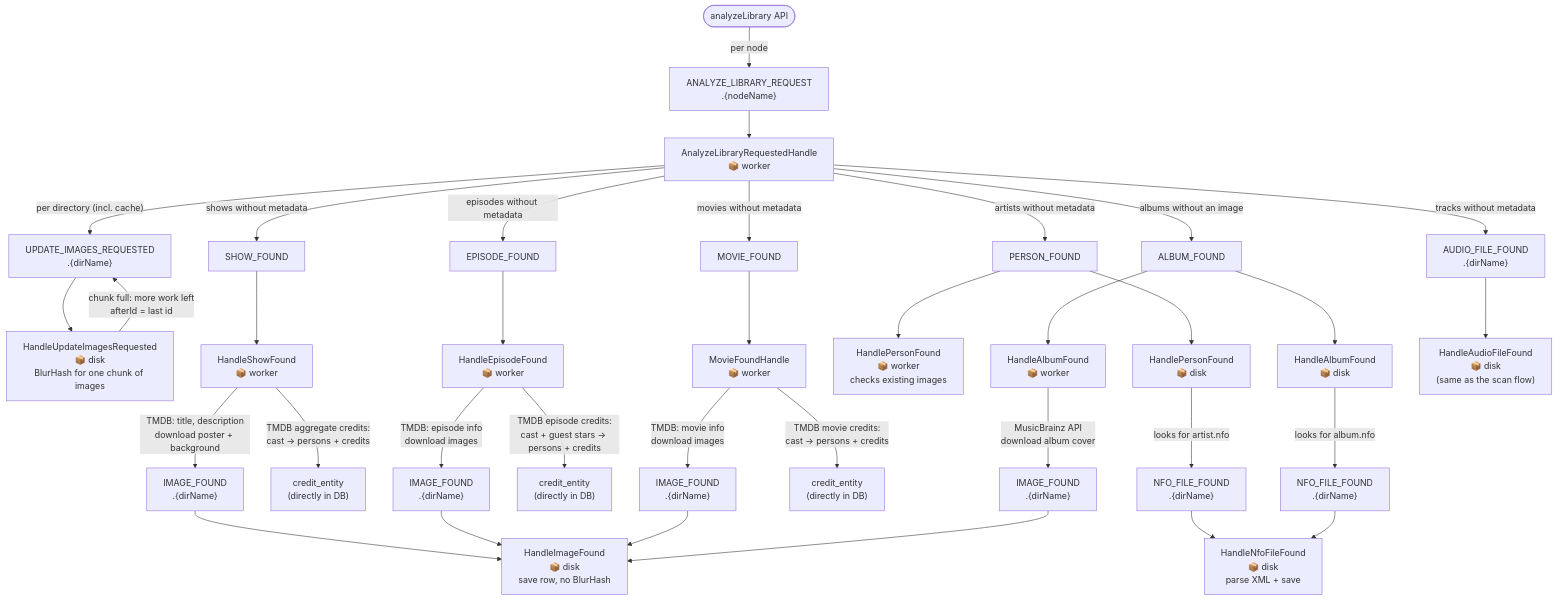
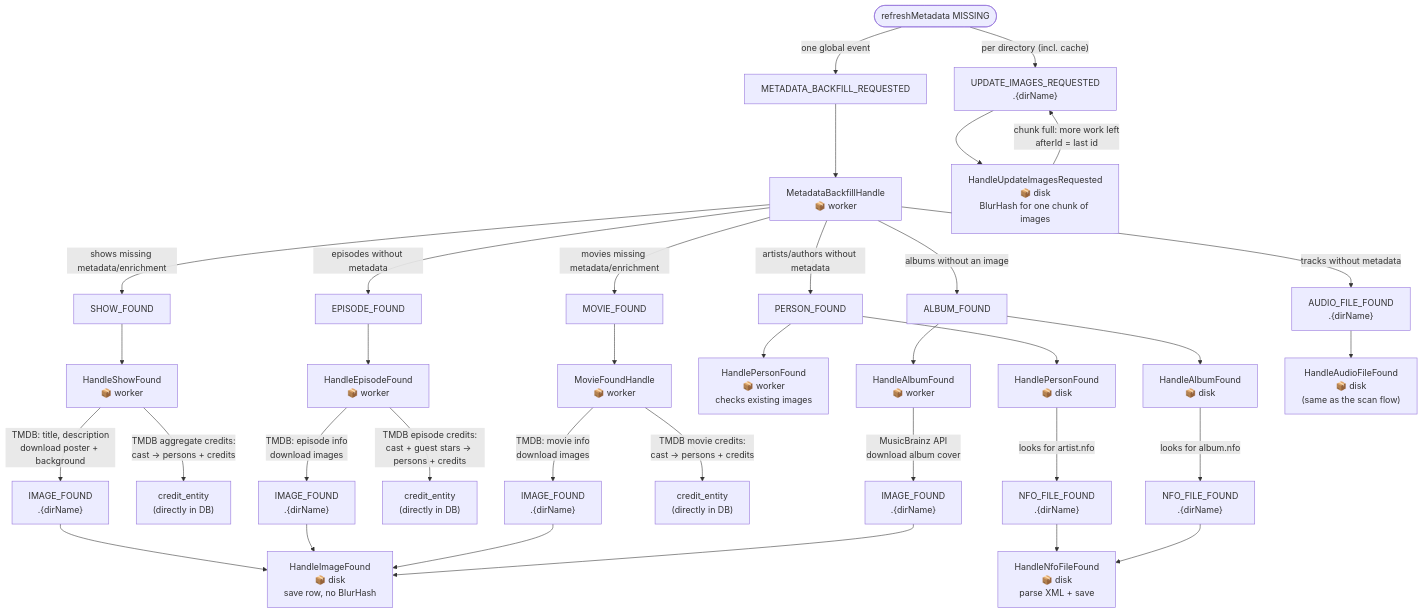
One commit to ister-app/server changed the first of 2 diagrams in doc/architecture/diagrams/analyze-flow.md. Above: the diagram before and after it, drawn with Mermaid. The commit also changed other lines of this file and 23 other files, not shown here.

First line of the commit message:
docs: describe the redesigned maintenance flows

````diff
--- a/doc/architecture/diagrams/analyze-flow.md
+++ b/doc/architecture/diagrams/analyze-flow.md
@@ -8,44 +10,44 @@
 ```mermaid
 flowchart TD
-    API([analyzeLibrary API]) -->|"per node"| A
+    API([refreshMetadata MISSING]) -->|"per directory (incl. cache)"| C["UPDATE_IMAGES_REQUESTED\n.{dirName}"]
+    API -->|"one global event"| A
 
-    A["ANALYZE_LIBRARY_REQUEST\n.{nodeName}"]
-    A --> B["AnalyzeLibraryRequestedHandle\n📦 worker"]
+    A["METADATA_BACKFILL_REQUESTED"]
+    A --> B["MetadataBackfillHandle\n📦 worker"]
 
-    B -->|"per directory (incl. cache)"| C["UPDATE_IMAGES_REQUESTED\n.{dirName}"]
-    B -->|"shows without metadata"| D["SHOW_FOUND"]
+    B -->|"shows missing metadata/enrichment"| D["SHOW_FOUND"]
     B -->|"episodes without metadata"| E["EPISODE_FOUND"]
-    B -->|"movies without metadata"| F["MOVIE_FOUND"]
-    B -->|"artists without metadata"| G["PERSON_FOUND"]
+    B -->|"movies missing metadata/enrichment"| F["MOVIE_FOUND"]
+    B -->|"artists/authors without metadata"| G["PERSON_FOUND"]
     B -->|"albums without an image"| H["ALBUM_FOUND"]
     B -->|"tracks without metadata"| I["AUDIO_FILE_FOUND\n.{dirName}"]
 
     C --> C1["HandleUpdateImagesRequested\n📦 disk\nBlurHash for one chunk of images"]
     C1 -->|"chunk full: more work left\nafterId = last id"| C
 
     D --> D1["HandleShowFound\n📦 worker"]
     D1 -->|"TMDB: title, description\ndownload poster + background"| IMG1["IMAGE_FOUND\n.{dirName}"]
     D1 -->|"TMDB aggregate credits:\ncast → persons + credits"| CR1["credit_entity\n(directly in DB)"]
 
     E --> E1["HandleEpisodeFound\n📦 worker"]
     E1 -->|"TMDB: episode info\ndownload images"| IMG2["IMAGE_FOUND\n.{dirName}"]
     E1 -->|"TMDB episode credits:\ncast + guest stars → persons + credits"| CR2["credit_entity\n(directly in DB)"]
 
     F --> F1["MovieFoundHandle\n📦 worker"]
     F1 -->|"TMDB: movie info\ndownload images"| IMG3["IMAGE_FOUND\n.{dirName}"]
     F1 -->|"TMDB movie credits:\ncast → persons + credits"| CR3["credit_entity\n(directly in DB)"]
 
     G --> G1["HandlePersonFound\n📦 worker\nchecks existing images"]
     G --> G2["HandlePersonFound\n📦 disk"]
     G2 -->|"looks for artist.nfo"| NFO1["NFO_FILE_FOUND\n.{dirName}"]
 
     H --> H1["HandleAlbumFound\n📦 worker"]
     H1 -->|"MusicBrainz API\ndownload album cover"| IMG4["IMAGE_FOUND\n.{dirName}"]
     H --> H2["HandleAlbumFound\n📦 disk"]
     H2 -->|"looks for album.nfo"| NFO2["NFO_FILE_FOUND\n.{dirName}"]
 
     I --> I1["HandleAudioFileFound\n📦 disk\n(same as the scan flow)"]
 
     IMG1 & IMG2 & IMG3 & IMG4 --> FIN["HandleImageFound\n📦 disk\nsave row, no BlurHash"]
     NFO1 & NFO2 --> FIN2["HandleNfoFileFound\n📦 disk\nparse XML + save"]
 ```
````
